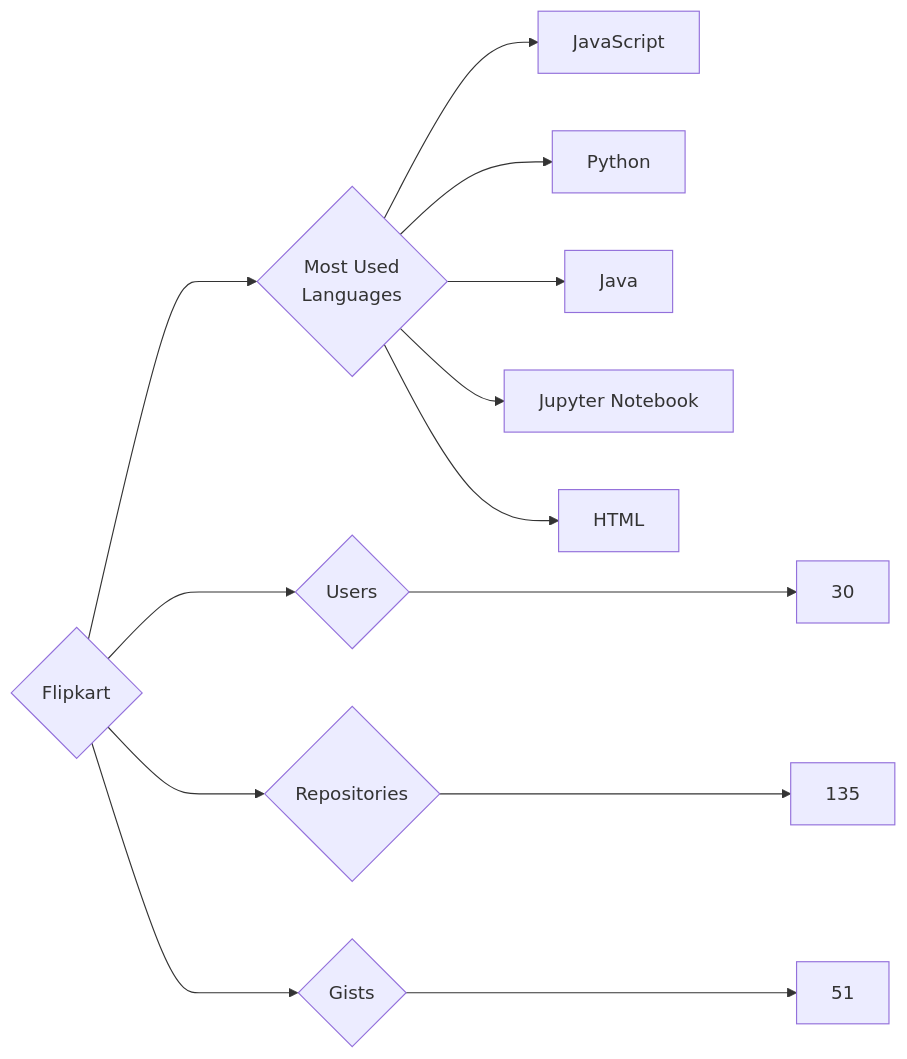
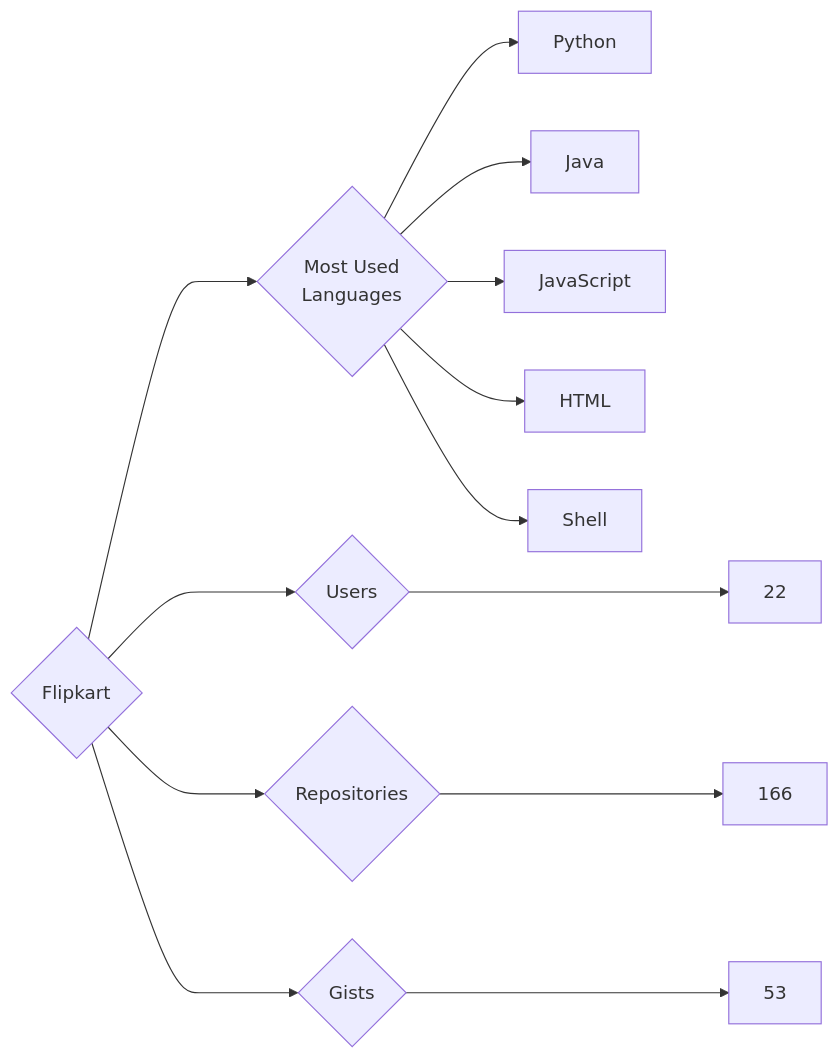
The diagram in targets/Flipkart/README.md (trickest/insiders), drawn with Mermaid before and after one commit. The commit also changed 838 other files, not shown here.

````diff
--- a/targets/Flipkart/README.md
+++ b/targets/Flipkart/README.md
@@ -3,13 +3,13 @@
 ```mermaid
 graph LR
 COMPANY_NAME{Flipkart}
-COMPANY_NAME ---> U{Users} ---> UN[30]
-COMPANY_NAME ---> R{Repositories} ---> RN[135]
-COMPANY_NAME ---> G{Gists} ---> GN[51]
+COMPANY_NAME ---> U{Users} ---> UN[22]
+COMPANY_NAME ---> R{Repositories} ---> RN[166]
+COMPANY_NAME ---> G{Gists} ---> GN[53]
 COMPANY_NAME ---> ML{Most Used<br>Languages}
-ML --> JavaScript[JavaScript]
 ML --> Python[Python]
 ML --> Java[Java]
-ML --> Jupyter_Notebook[Jupyter Notebook]
+ML --> JavaScript[JavaScript]
 ML --> HTML[HTML]
+ML --> Shell[Shell]
 ```
````
